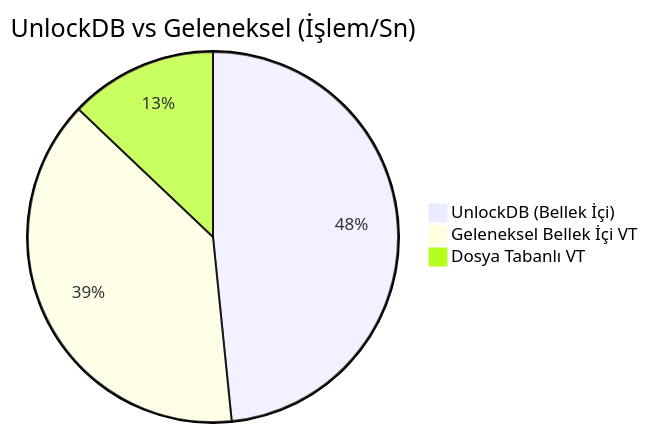
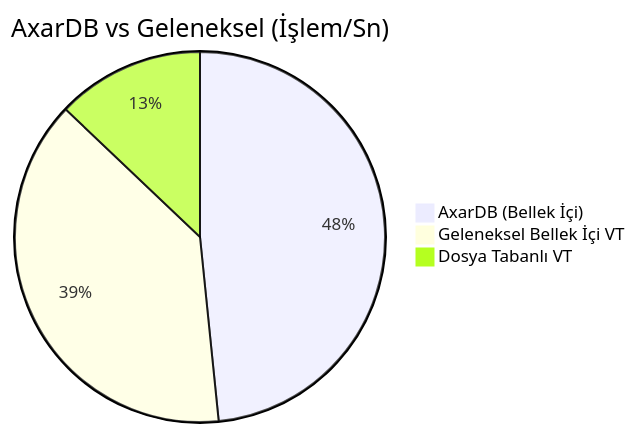
Before and after one commit to metin-yakar/AxarDB: the diagram in Docs/README.tr.md, drawn with Mermaid. The commit also changed other lines of this file and 50 other files, not shown here.

````diff
--- a/Docs/README.tr.md
+++ b/Docs/README.tr.md
@@ -41,6 +41,6 @@
 ```mermaid
-pie title UnlockDB vs Geleneksel (İşlem/Sn)
-    "UnlockDB (Bellek İçi)" : 15000
+pie title AxarDB vs Geleneksel (İşlem/Sn)
+    "AxarDB (Bellek İçi)" : 15000
     "Geleneksel Bellek İçi VT" : 12000
     "Dosya Tabanlı VT" : 4000
 ```
````
